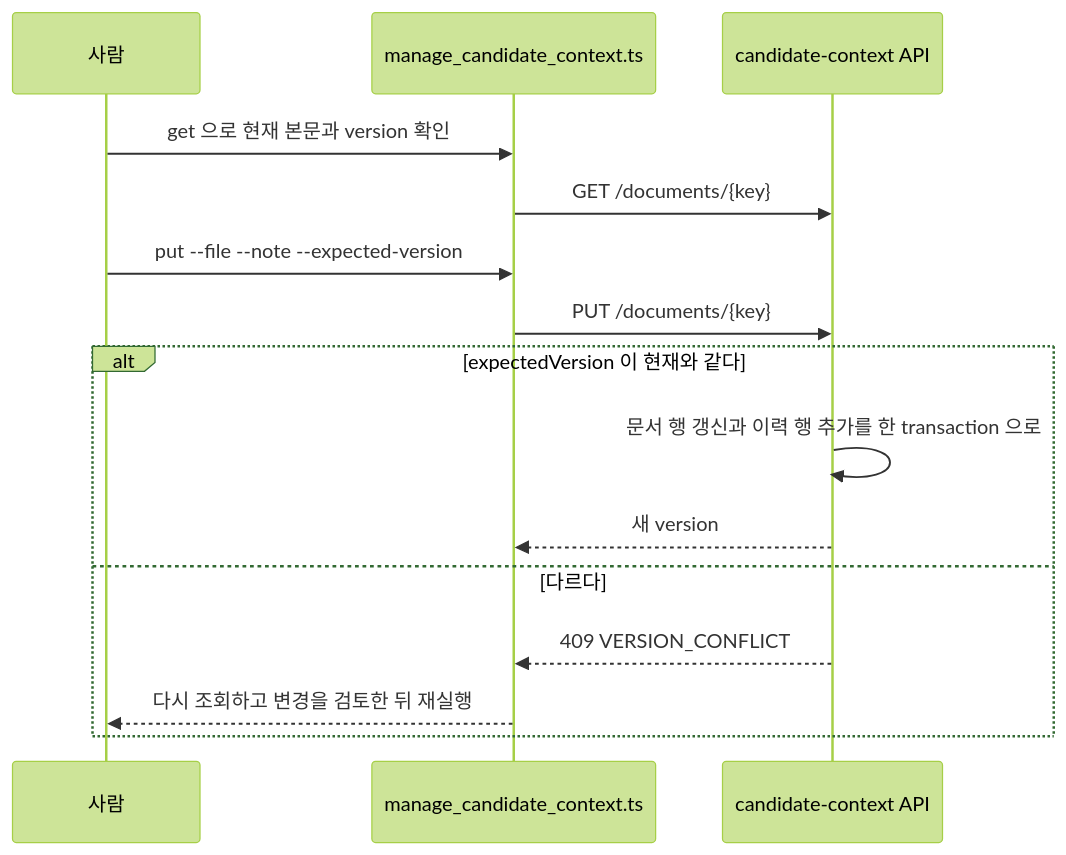
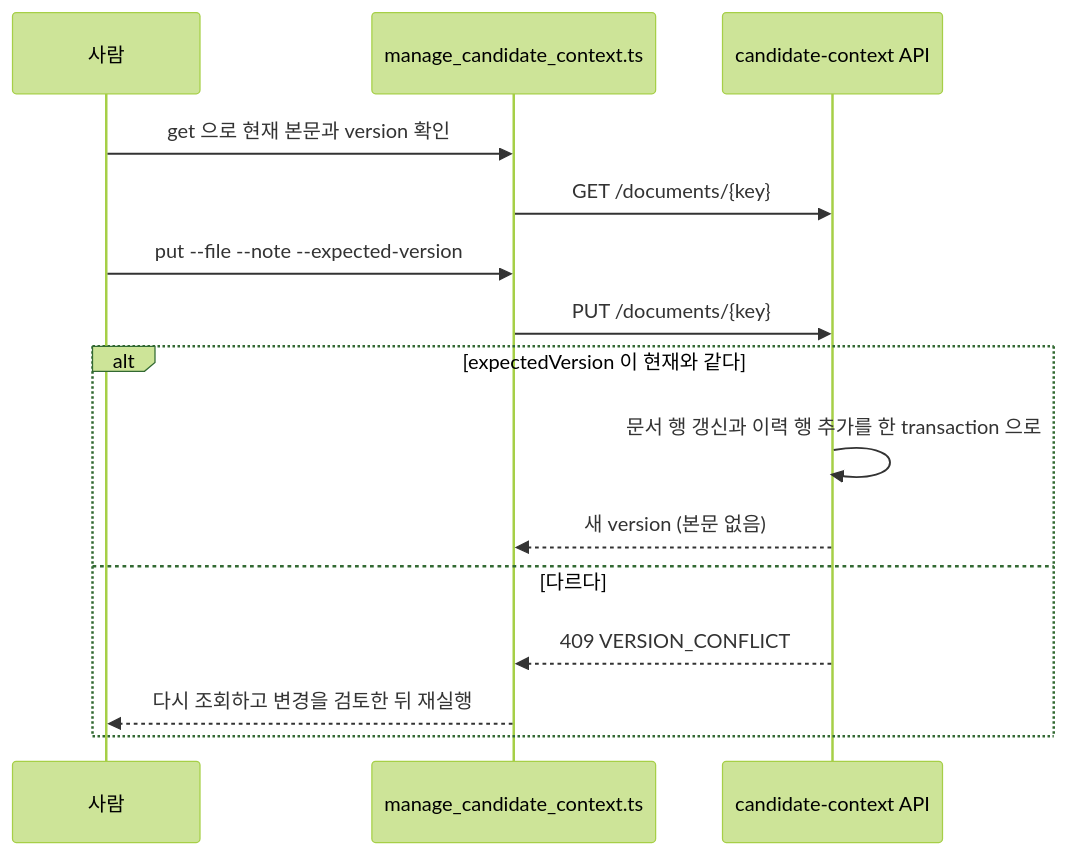
The first of 5 diagrams in career-os/docs/flow.md (jon890/fos-agents), drawn with Mermaid (forest theme) before and after one commit. The commit also changed other lines of this file and 3 other files, not shown here.

````diff
--- a/career-os/docs/flow.md
+++ b/career-os/docs/flow.md
@@ -133,17 +133,17 @@
 ```mermaid
 sequenceDiagram
     participant Human as 사람
     participant CLI as manage_candidate_context.ts
     participant API as candidate-context API
     Human->>CLI: get 으로 현재 본문과 version 확인
     CLI->>API: GET /documents/{key}
     Human->>CLI: put --file --note --expected-version
     CLI->>API: PUT /documents/{key}
     alt expectedVersion 이 현재와 같다
         API->>API: 문서 행 갱신과 이력 행 추가를 한 transaction 으로
-        API-->>CLI: 새 version
+        API-->>CLI: 새 version (본문 없음)
     else 다르다
         API-->>CLI: 409 VERSION_CONFLICT
         CLI-->>Human: 다시 조회하고 변경을 검토한 뒤 재실행
     end
 ```
````
